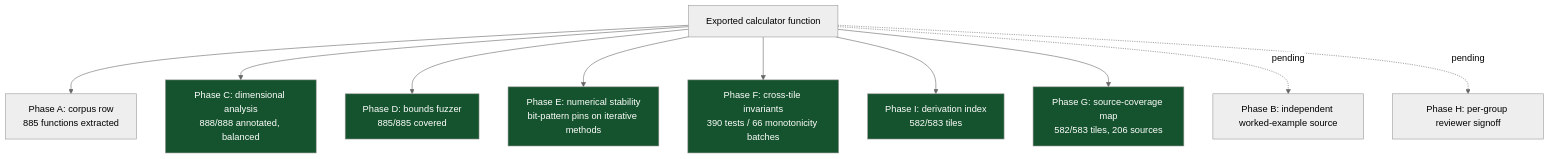
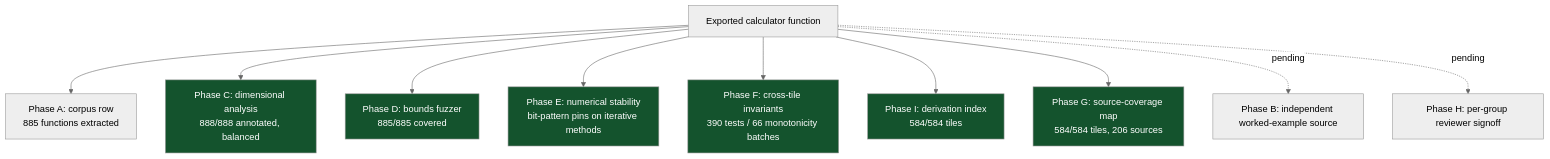
Before and after one commit to clay-good/roughlogic.com: the fifth of 7 diagrams in README.md, drawn with Mermaid (neutral theme). The commit also changed other lines of this file and 15 other files, not shown here.

````diff
--- a/README.md
+++ b/README.md
@@ -338,18 +338,18 @@
 ```mermaid
 flowchart TB
     F[Exported calculator function] --> A[Phase A: corpus row\n885 functions extracted]
     F --> C[Phase C: dimensional analysis\n888/888 annotated, balanced]
     F --> D[Phase D: bounds fuzzer\n885/885 covered]
     F --> E[Phase E: numerical stability\nbit-pattern pins on iterative methods]
     F --> Fa[Phase F: cross-tile invariants\n390 tests / 66 monotonicity batches]
-    F --> I[Phase I: derivation index\n582/583 tiles]
-    F --> G[Phase G: source-coverage map\n582/583 tiles, 206 sources]
+    F --> I[Phase I: derivation index\n584/584 tiles]
+    F --> G[Phase G: source-coverage map\n584/584 tiles, 206 sources]
     F -.pending.-> B[Phase B: independent worked-example source]
     F -.pending.-> H[Phase H: per-group reviewer signoff]
     style C fill:#14532d,color:#fff
     style D fill:#14532d,color:#fff
     style E fill:#14532d,color:#fff
     style Fa fill:#14532d,color:#fff
     style G fill:#14532d,color:#fff
     style I fill:#14532d,color:#fff
 ```
````
